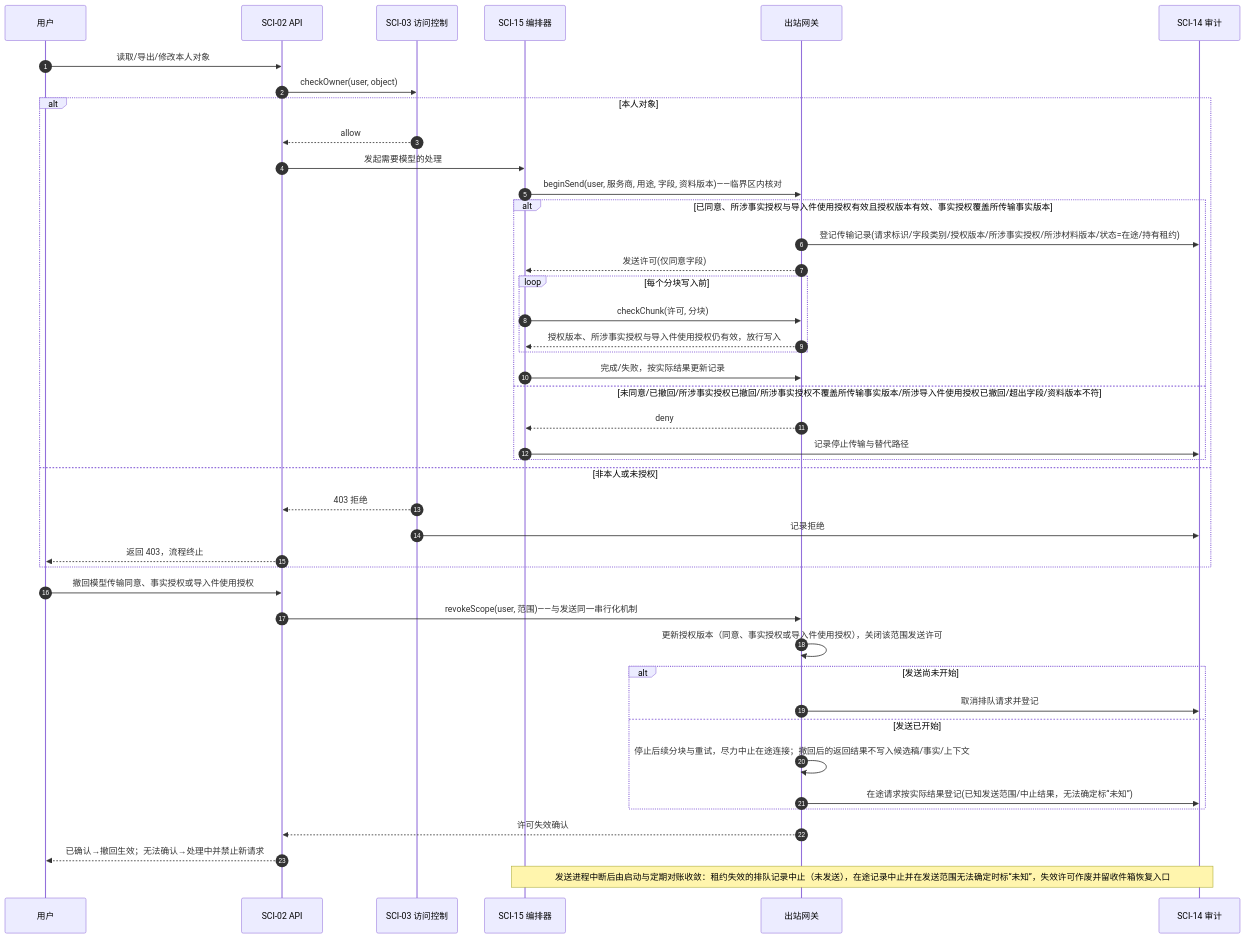
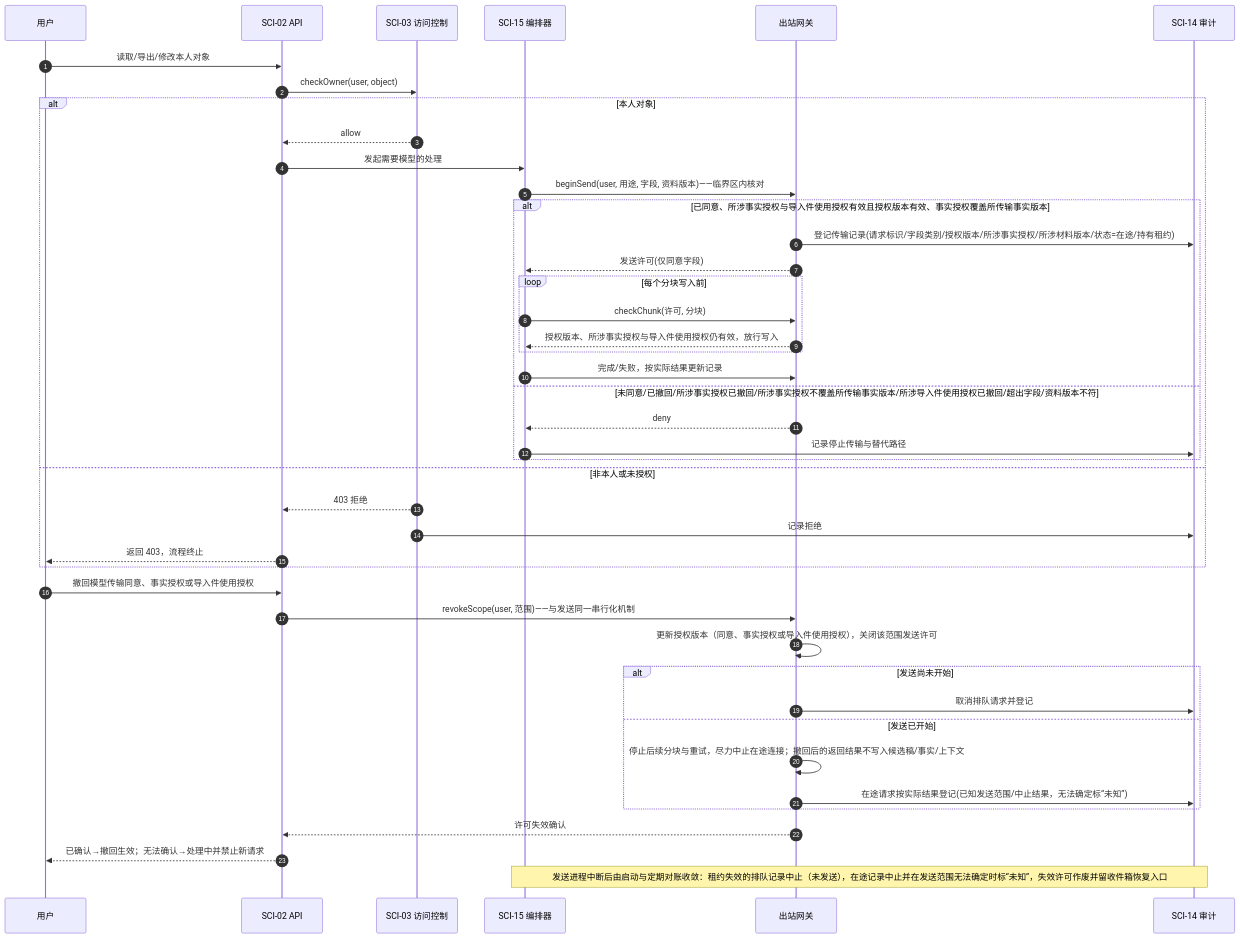
Diagram 18 of 23 in docs/design/system-design/offerpilot-system-design.md (LotteryCamp/OfferPilot), drawn with Mermaid before and after one commit. The commit also changed other lines of this file and 4 other files, not shown here.

````diff
--- a/docs/design/system-design/offerpilot-system-design.md
+++ b/docs/design/system-design/offerpilot-system-design.md
@@ -1516,45 +1514,45 @@
 ```mermaid
 sequenceDiagram
     autonumber
     participant USR as 用户
     participant API as SCI-02 API
     participant AU as SCI-03 访问控制
     participant AG as SCI-15 编排器
     participant GW as 出站网关
     participant AUD as SCI-14 审计
     USR->>API: 读取/导出/修改本人对象
     API->>AU: checkOwner(user, object)
     alt 本人对象
         AU-->>API: allow
         API->>AG: 发起需要模型的处理
-        AG->>GW: beginSend(user, 服务商, 用途, 字段, 资料版本)——临界区内核对
+        AG->>GW: beginSend(user, 用途, 字段, 资料版本)——临界区内核对
         alt 已同意、所涉事实授权与导入件使用授权有效且授权版本有效、事实授权覆盖所传输事实版本
             GW->>AUD: 登记传输记录(请求标识/字段类别/授权版本/所涉事实授权/所涉材料版本/状态=在途/持有租约)
             GW-->>AG: 发送许可(仅同意字段)
             loop 每个分块写入前
                 AG->>GW: checkChunk(许可, 分块)
                 GW-->>AG: 授权版本、所涉事实授权与导入件使用授权仍有效，放行写入
             end
             AG->>GW: 完成/失败，按实际结果更新记录
         else 未同意/已撤回/所涉事实授权已撤回/所涉事实授权不覆盖所传输事实版本/所涉导入件使用授权已撤回/超出字段/资料版本不符
             GW-->>AG: deny
             AG->>AUD: 记录停止传输与替代路径
         end
     else 非本人或未授权
         AU-->>API: 403 拒绝
         AU->>AUD: 记录拒绝
         API-->>USR: 返回 403，流程终止
     end
     USR->>API: 撤回模型传输同意、事实授权或导入件使用授权
     API->>GW: revokeScope(user, 范围)——与发送同一串行化机制
     GW->>GW: 更新授权版本（同意、事实授权或导入件使用授权），关闭该范围发送许可
     alt 发送尚未开始
         GW->>AUD: 取消排队请求并登记
     else 发送已开始
         GW->>GW: 停止后续分块与重试，尽力中止在途连接；撤回后的返回结果不写入候选稿/事实/上下文
         GW->>AUD: 在途请求按实际结果登记(已知发送范围/中止结果，无法确定标“未知”)
     end
     GW-->>API: 许可失效确认
     API-->>USR: 已确认→撤回生效；无法确认→处理中并禁止新请求
     note over AG,AUD: 发送进程中断后由启动与定期对账收敛：租约失效的排队记录中止（未发送），在途记录中止并在发送范围无法确定时标“未知”，失效许可作废并留收件箱恢复入口
 ```
````
